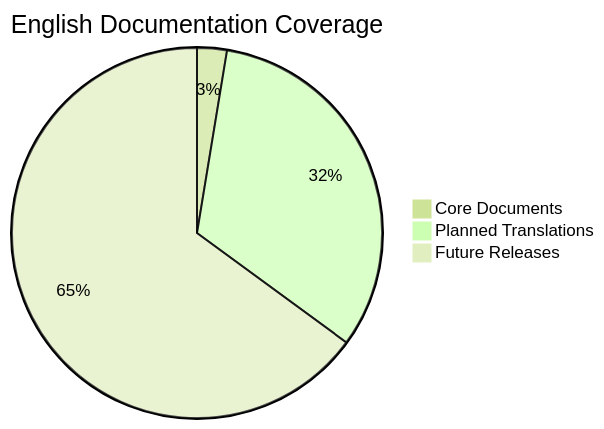
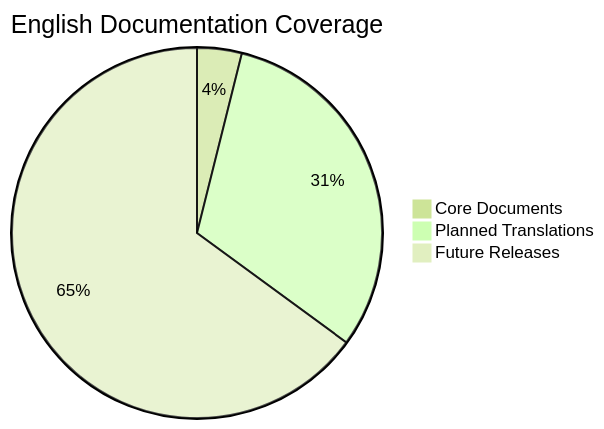
Before and after one commit to AdaMartin18010/AnalysisDataFlow: the diagram in en/00-INDEX.md, drawn with Mermaid (forest theme). The commit also changed other lines of this file and 115 other files, not shown here.

````diff
--- a/en/00-INDEX.md
+++ b/en/00-INDEX.md
@@ -40,7 +42,7 @@
 ```mermaid
 pie
     title English Documentation Coverage
-    "Core Documents" : 4
-    "Planned Translations" : 50
+    "Core Documents" : 6
+    "Planned Translations" : 48
     "Future Releases" : 100
 ```
````
